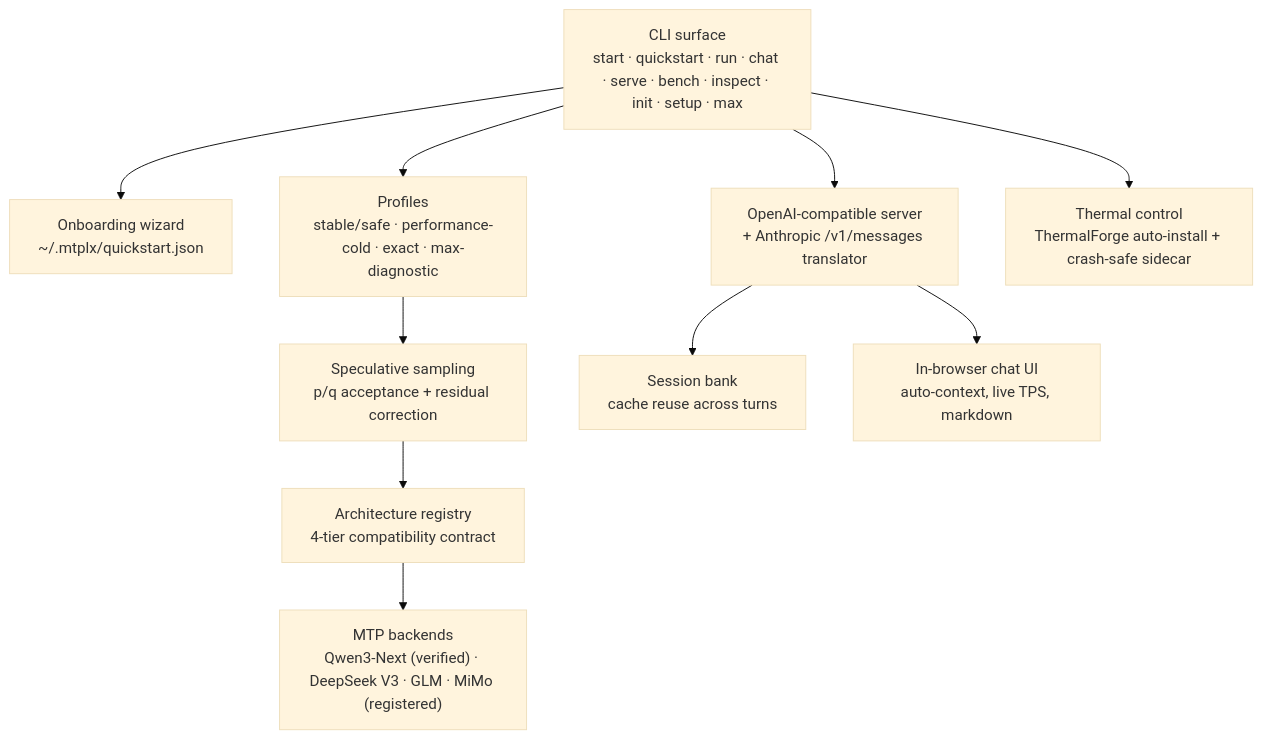
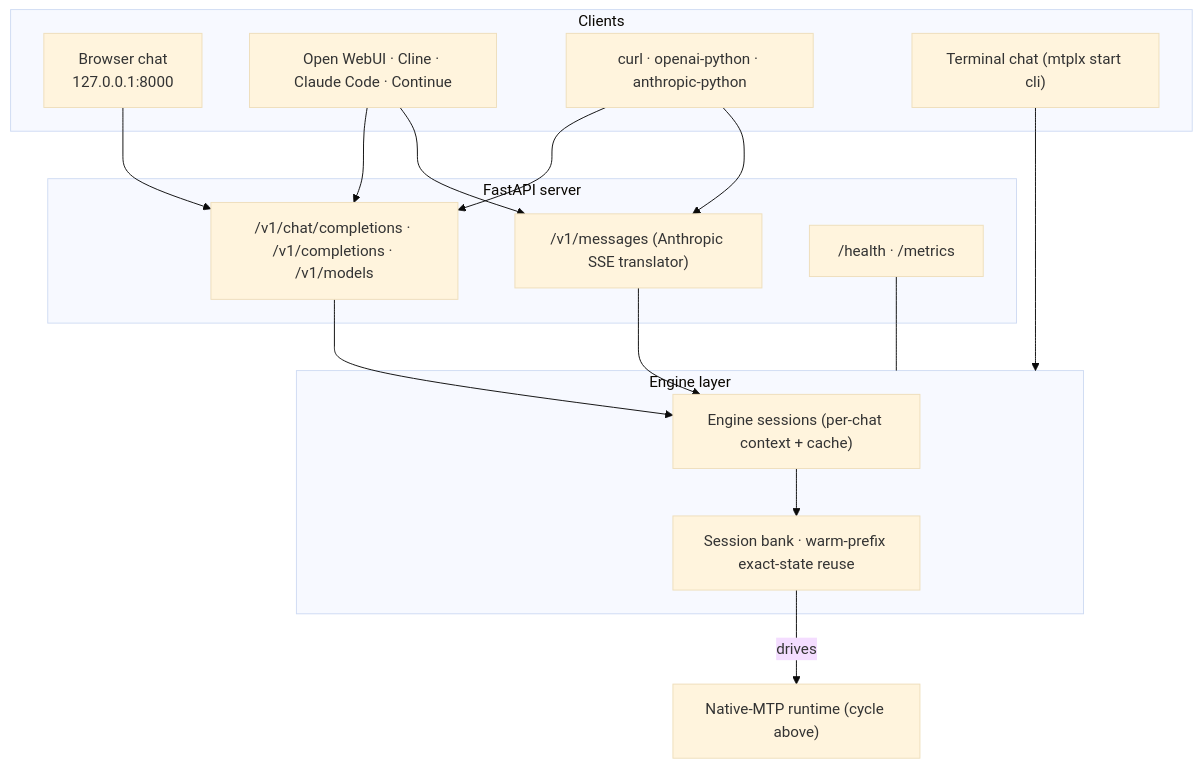
Before and after one commit to Manojbhat09/MTPLX: the fourth of 4 diagrams in README.md, drawn with Mermaid (base theme). The commit also changed other lines of this file, not shown here.

````diff
--- a/README.md
+++ b/README.md
@@ -211,23 +247,29 @@
 ```mermaid
 flowchart TB
-    cli["CLI surface<br/>start · quickstart · run · chat · serve · bench · inspect · init · setup · max"]
-    onboarding["Onboarding wizard<br/>~/.mtplx/quickstart.json"]
-    profiles["Profiles<br/>stable/safe · performance-cold · exact · max-diagnostic"]
-    speculative["Speculative sampling<br/>p/q acceptance + residual correction"]
-    registry["Architecture registry<br/>4-tier compatibility contract"]
-    backends["MTP backends<br/>Qwen3-Next (verified) · DeepSeek V3 · GLM · MiMo (registered)"]
-    servers["OpenAI-compatible server<br/>+ Anthropic /v1/messages translator"]
-    sessions["Session bank<br/>cache reuse across turns"]
-    webui["In-browser chat UI<br/>auto-context, live TPS, markdown"]
-    thermal["Thermal control<br/>ThermalForge auto-install + crash-safe sidecar"]
-
-    cli --> onboarding
-    cli --> profiles
-    profiles --> speculative
-    speculative --> registry
-    registry --> backends
-    cli --> servers
-    servers --> sessions
-    servers --> webui
-    cli --> thermal
+    subgraph CLIENTS["Clients"]
+        BR["Browser chat<br/>127.0.0.1:8000"]
+        OW["Open WebUI · Cline · Claude Code · Continue"]
+        CURL["curl · openai-python · anthropic-python"]
+        TERM["Terminal chat (mtplx start cli)"]
+    end
+    subgraph API["FastAPI server"]
+        OAI["/v1/chat/completions · /v1/completions · /v1/models"]
+        ANT["/v1/messages (Anthropic SSE translator)"]
+        OBS["/health · /metrics"]
+    end
+    subgraph ENG["Engine layer"]
+        SESS["Engine sessions (per-chat context + cache)"]
+        BANK["Session bank · warm-prefix exact-state reuse"]
+    end
+    BR --> OAI
+    OW --> OAI
+    OW --> ANT
+    CURL --> OAI
+    CURL --> ANT
+    TERM --> ENG
+    OAI --> SESS
+    ANT --> SESS
+    SESS --> BANK
+    BANK -->|drives| RUNTIME["Native-MTP runtime (cycle above)"]
+    OBS --- ENG
 ```
````
